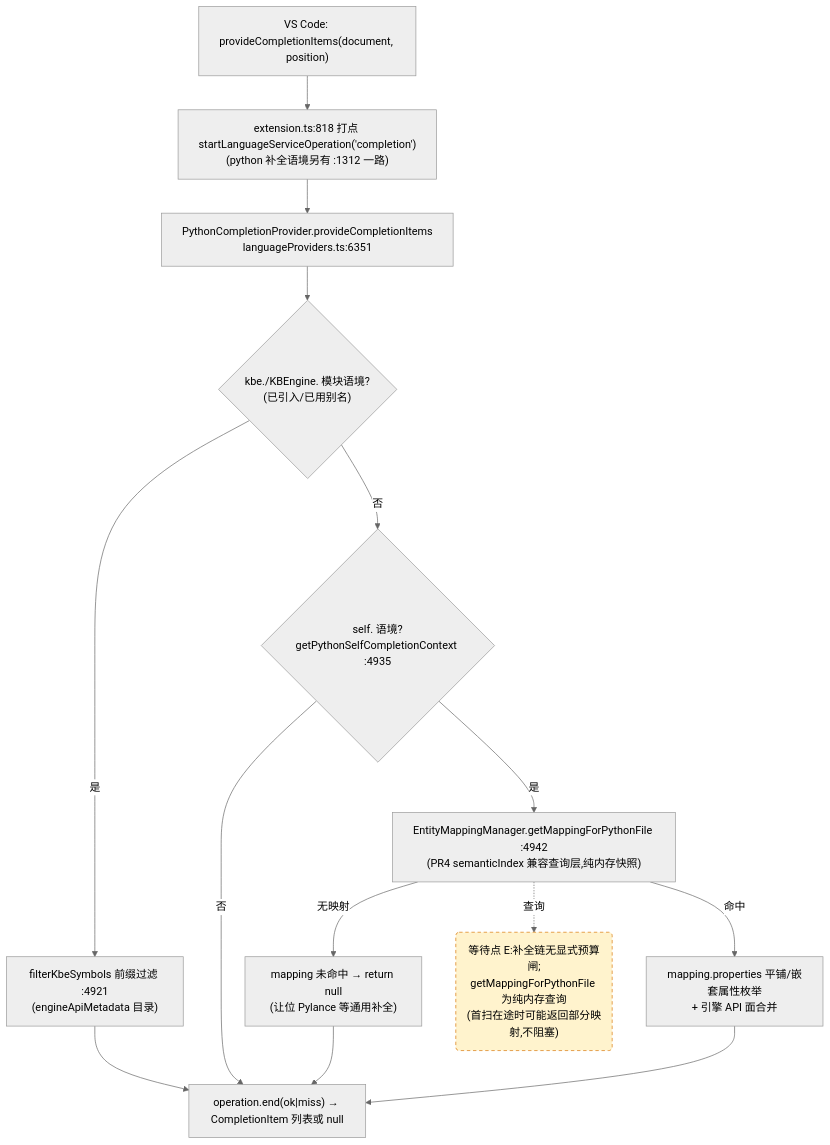
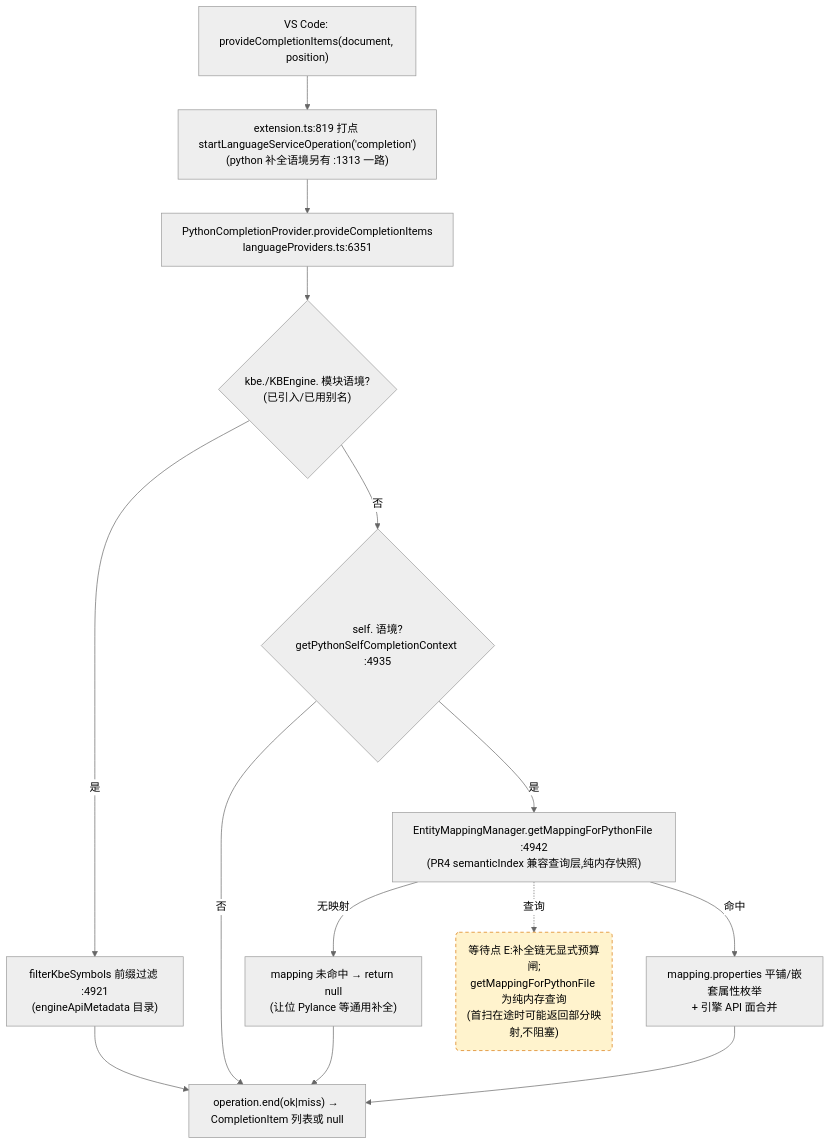
One commit to cuihairu/kode changed the third of 4 diagrams in docs/perf/2026-baseline.md. Above: the diagram before and after it, drawn with Mermaid (neutral theme). The commit also changed other lines of this file and 17 other files, not shown here.

````diff
--- a/docs/perf/2026-baseline.md
+++ b/docs/perf/2026-baseline.md
@@ -184,27 +184,27 @@
 ```mermaid
 flowchart TD
   VC3["VS Code: provideCompletionItems(document, position)"]
-  M3["extension.ts:818 打点 startLanguageServiceOperation('completion')<br/>(python 补全语境另有 :1312 一路)"]
+  M3["extension.ts:819 打点 startLanguageServiceOperation('completion')<br/>(python 补全语境另有 :1313 一路)"]
   CP["PythonCompletionProvider.provideCompletionItems<br/>languageProviders.ts:6351"]
   KBEC{"kbe./KBEngine. 模块语境?<br/>(已引入/已用别名)"}
   FILTER["filterKbeSymbols 前缀过滤 :4921<br/>(engineApiMetadata 目录)"]
   SELFC{"self. 语境?<br/>getPythonSelfCompletionContext :4935"}
   MAP["EntityMappingManager.getMappingForPythonFile :4942<br/>(PR4 semanticIndex 兼容查询层,纯内存快照)"]
   NOMAP["mapping 未命中 → return null<br/>(让位 Pylance 等通用补全)"]
   PROPS["mapping.properties 平铺/嵌套属性枚举<br/>+ 引擎 API 面合并"]
   END3["operation.end(ok|miss) → CompletionItem 列表或 null"]
 
   VC3 --> M3 --> CP --> KBEC
   KBEC -- "是" --> FILTER --> END3
   KBEC -- "否" --> SELFC
   SELFC -- "否" --> END3
   SELFC -- "是" --> MAP
   MAP -- "无映射" --> NOMAP --> END3
   MAP -- "命中" --> PROPS --> END3
 
   WAITE("等待点 E:补全链无显式预算闸;<br/>getMappingForPythonFile 为纯内存查询<br/>(首扫在途时可能返回部分映射,不阻塞)")
   MAP -.->|查询| WAITE
 
   classDef waitPoint fill:#fff3cd,stroke:#d97706,stroke-dasharray:5 4;
   class WAITE waitPoint;
 ```
````
